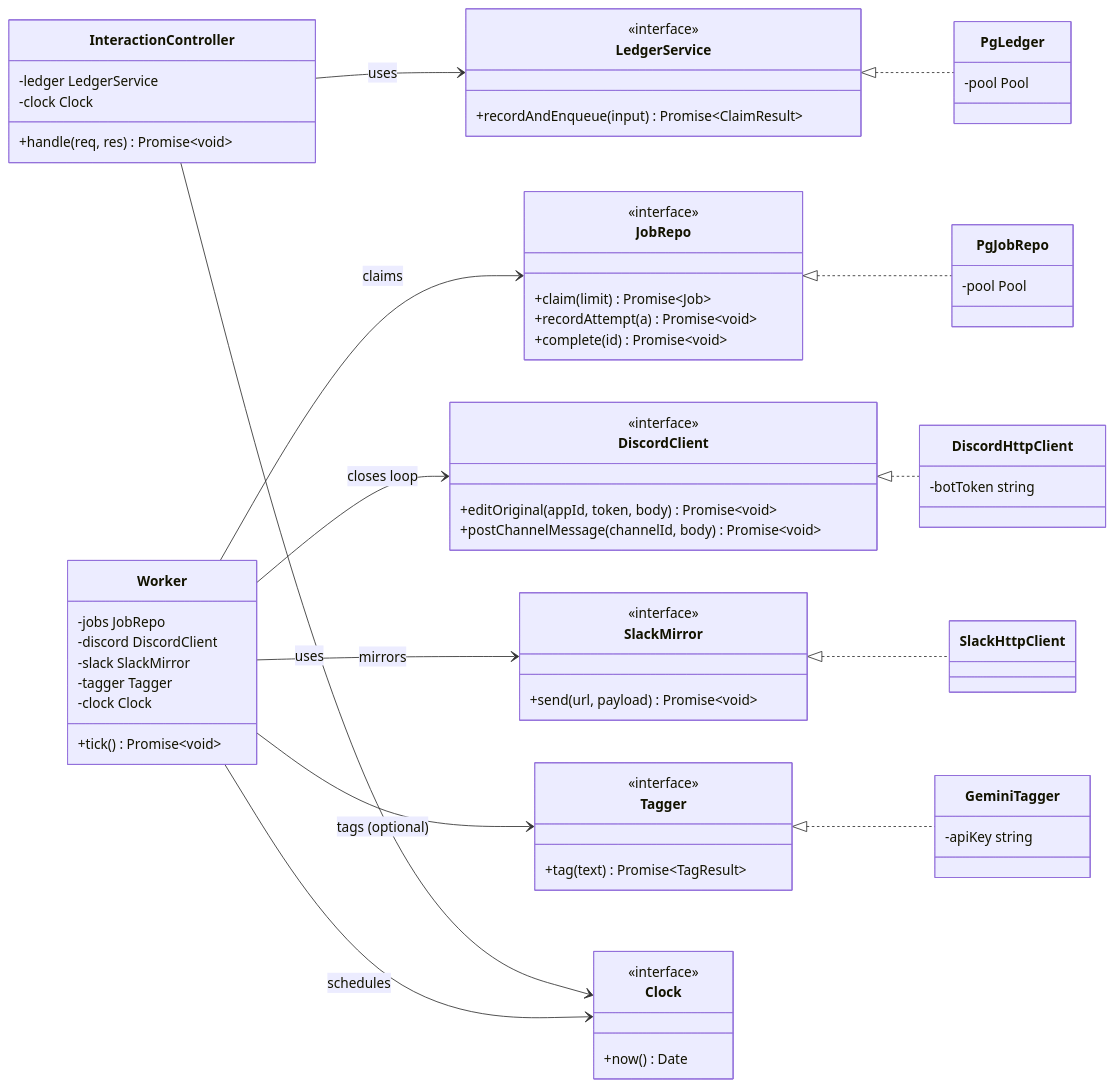
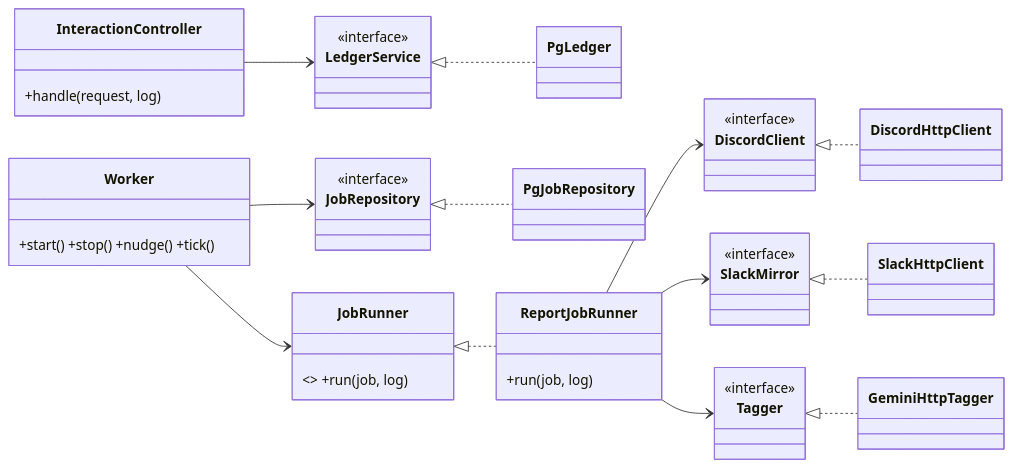
One commit to RohanUrankar/discord-report-line changed the eighth of 17 diagrams in architecture/docs/DESIGN.md. Above: the diagram before and after it, drawn with Mermaid. The commit also changed other lines of this file, not shown here.

````diff
--- a/architecture/docs/DESIGN.md
+++ b/architecture/docs/DESIGN.md
@@ -510,72 +565,31 @@
 ```mermaid
 classDiagram
     direction LR
+    class InteractionController { +handle(request, log) }
+    class Worker { +start() +stop() +nudge() +tick() }
+    class JobRunner { <<interface>> +run(job, log) }
+    class ReportJobRunner { +run(job, log) }
+    class LedgerService { <<interface>> }
+    class JobRepository { <<interface>> }
+    class DiscordClient { <<interface>> }
+    class SlackMirror { <<interface>> }
+    class Tagger { <<interface>> }
+    class PgLedger
+    class PgJobRepository
+    class DiscordHttpClient
+    class SlackHttpClient
+    class GeminiHttpTagger
 
-    class LedgerService {
-        <<interface>>
-        +recordAndEnqueue(input) Promise~ClaimResult~
-    }
-    class JobRepo {
-        <<interface>>
-        +claim(limit) Promise~Job~
-        +recordAttempt(a) Promise~void~
-        +complete(id) Promise~void~
-    }
-    class DiscordClient {
-        <<interface>>
-        +editOriginal(appId, token, body) Promise~void~
-        +postChannelMessage(channelId, body) Promise~void~
-    }
-    class SlackMirror {
-        <<interface>>
-        +send(url, payload) Promise~void~
-    }
-    class Tagger {
-        <<interface>>
-        +tag(text) Promise~TagResult~
-    }
-    class Clock {
-        <<interface>>
-        +now() Date
-    }
-
-    class InteractionController {
-        -ledger LedgerService
-        -clock Clock
-        +handle(req, res) Promise~void~
-    }
-    class Worker {
-        -jobs JobRepo
-        -discord DiscordClient
-        -slack SlackMirror
-        -tagger Tagger
-        -clock Clock
-        +tick() Promise~void~
-    }
-    class PgLedger {
-        -pool Pool
-    }
-    class PgJobRepo {
-        -pool Pool
-    }
-    class DiscordHttpClient {
-        -botToken string
-    }
-    class SlackHttpClient
-    class GeminiTagger {
-        -apiKey string
-    }
-
+    InteractionController --> LedgerService
+    Worker --> JobRepository
+    Worker --> JobRunner
+    JobRunner <|.. ReportJobRunner
+    ReportJobRunner --> DiscordClient
+    ReportJobRunner --> SlackMirror
+    ReportJobRunner --> Tagger
     LedgerService <|.. PgLedger
-    JobRepo <|.. PgJobRepo
+    JobRepository <|.. PgJobRepository
     DiscordClient <|.. DiscordHttpClient
     SlackMirror <|.. SlackHttpClient
-    Tagger <|.. GeminiTagger
-    InteractionController --> LedgerService : uses
-    InteractionController --> Clock : uses
-    Worker --> JobRepo : claims
-    Worker --> DiscordClient : closes loop
-    Worker --> SlackMirror : mirrors
-    Worker --> Tagger : tags (optional)
-    Worker --> Clock : schedules
+    Tagger <|.. GeminiHttpTagger
 ```
````
